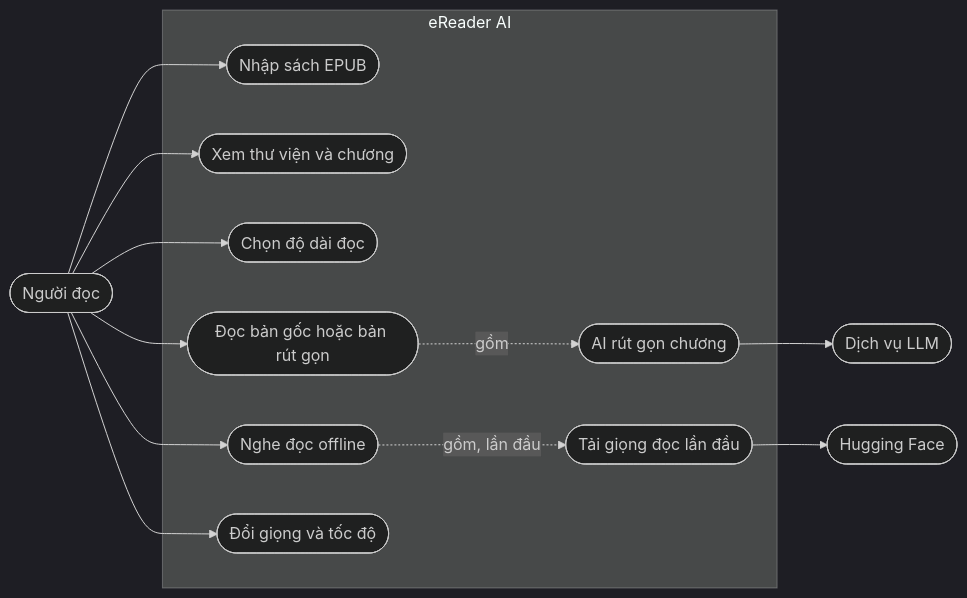
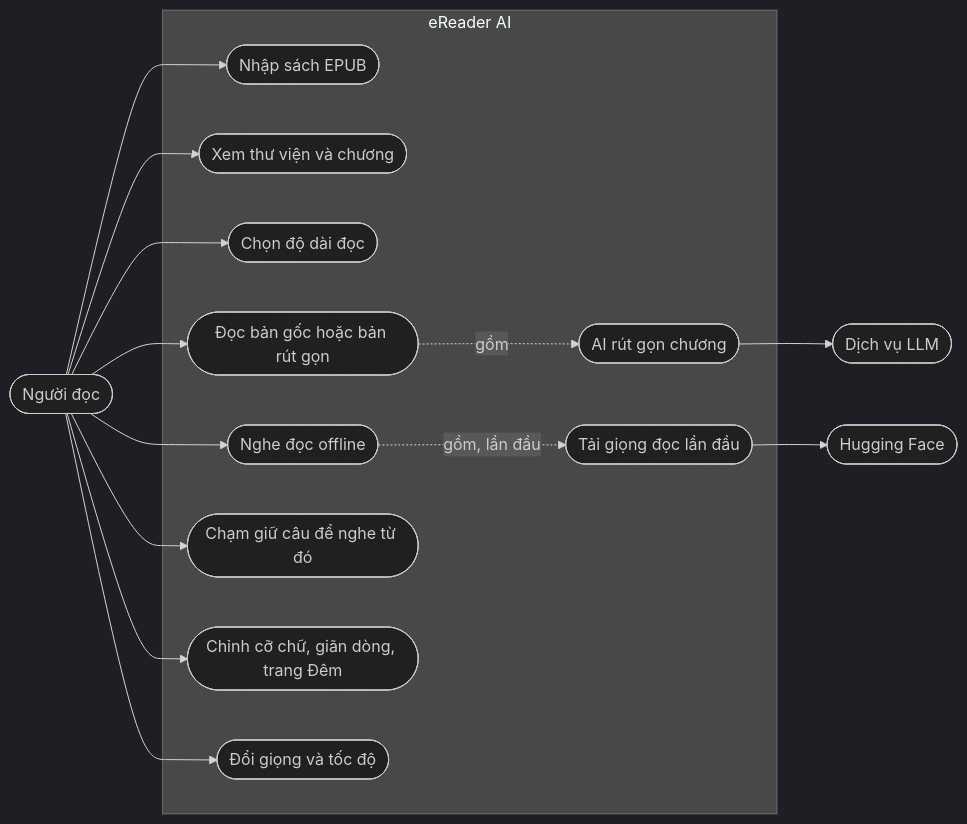
Before and after one commit to tinwritescode/ereader-ai: the first of 2 diagrams in README.vi.md, drawn with Mermaid (dark theme). The commit also changed other lines of this file and 27 other files, not shown here.

````diff
--- a/README.vi.md
+++ b/README.vi.md
@@ -15,29 +15,33 @@
 ```mermaid
 flowchart LR
     reader(["Người đọc"])
     llm(["Dịch vụ LLM"])
     hf(["Hugging Face"])
 
     subgraph app["eReader AI"]
         import(["Nhập sách EPUB"])
         browse(["Xem thư viện và chương"])
         length(["Chọn độ dài đọc"])
         read(["Đọc bản gốc hoặc bản rút gọn"])
         shorten(["AI rút gọn chương"])
         listen(["Nghe đọc offline"])
+        pick(["Chạm giữ câu để nghe từ đó"])
+        look(["Chỉnh cỡ chữ, giãn dòng, trang Đêm"])
         download(["Tải giọng đọc lần đầu"])
         tune(["Đổi giọng và tốc độ"])
     end
 
     reader --> import
     reader --> browse
     reader --> length
     reader --> read
     reader --> listen
+    reader --> pick
+    reader --> look
     reader --> tune
 
     read -. "gồm" .-> shorten
     listen -. "gồm, lần đầu" .-> download
     shorten --> llm
     download --> hf
 ```
````
